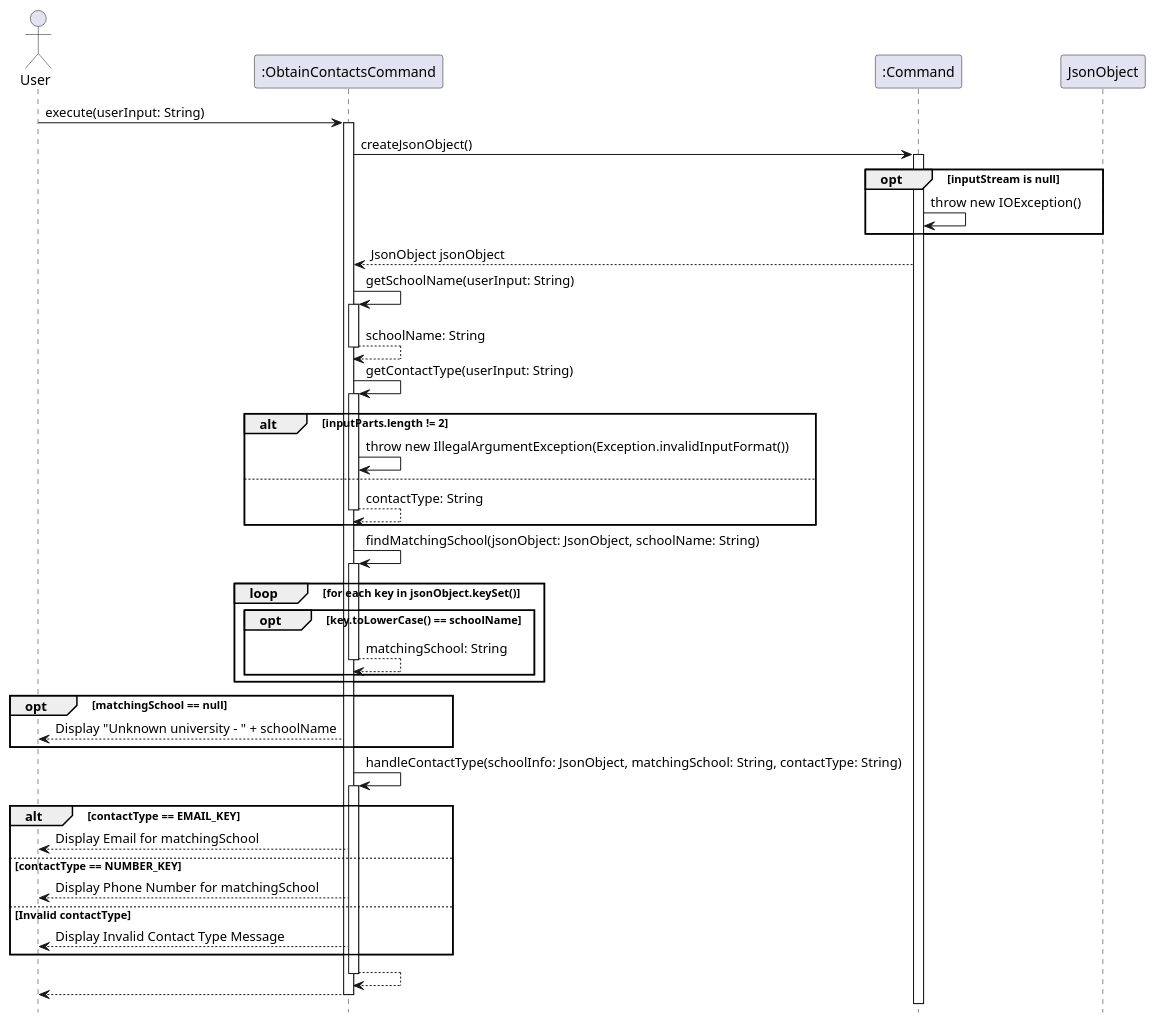
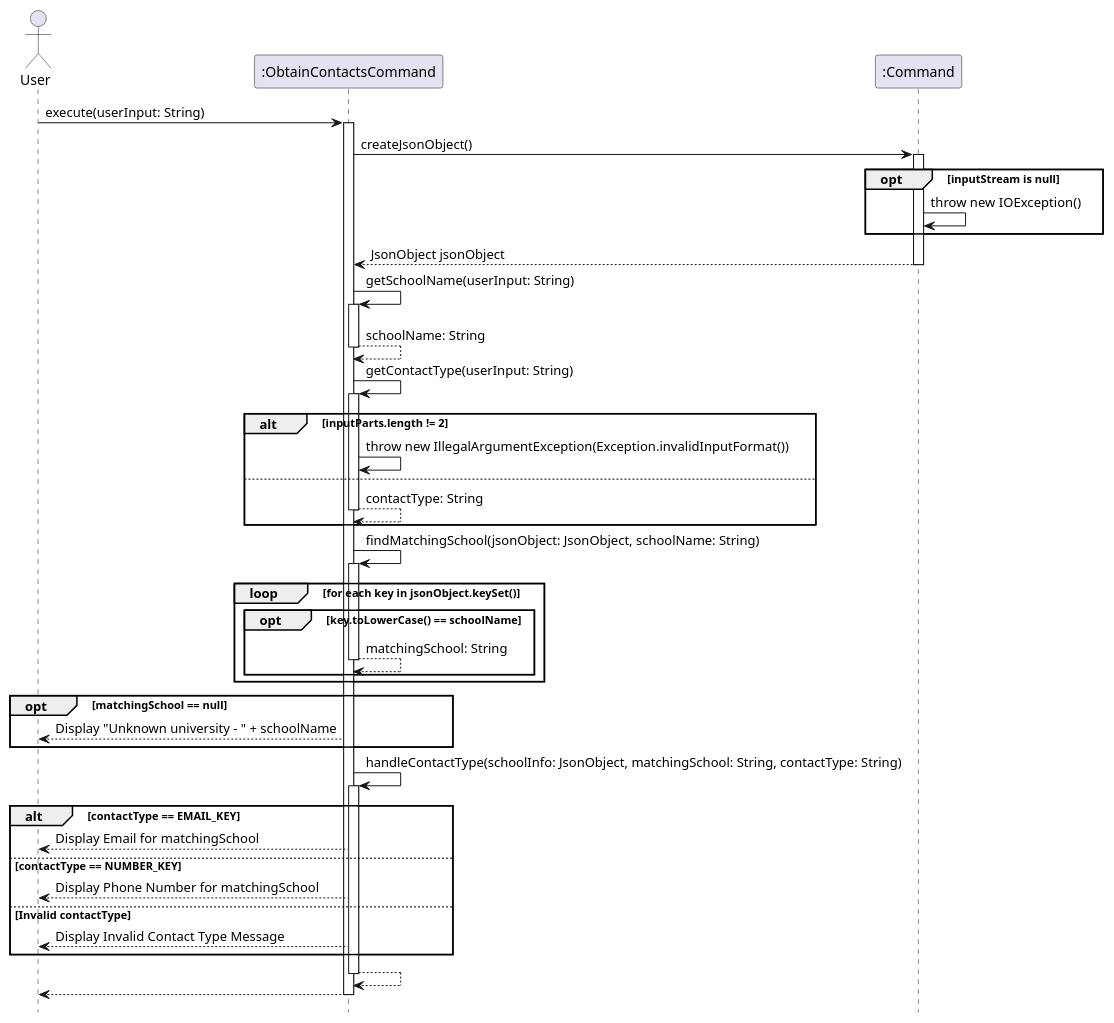
The diagram in uml-diagrams/ObtainContactsCommand.puml (nus-cs2113-AY2425S1/tp), drawn with PlantUML before and after one commit. The commit also changed 1 other file, not shown here.

```diff
--- a/uml-diagrams/ObtainContactsCommand.puml
+++ b/uml-diagrams/ObtainContactsCommand.puml
@@ -1,66 +1,66 @@
 @startuml
 hide footbox
 
 actor User
 participant ":ObtainContactsCommand" as ObtainContactsCommand
 participant ":Command" as Command
-participant "JsonObject" as JsonObject
 
 User -> ObtainContactsCommand: execute(userInput: String)
 activate ObtainContactsCommand
 
 ObtainContactsCommand -> Command: createJsonObject()
 activate Command
 
 opt inputStream is null
     Command -> Command: throw new IOException()
 end
 
 Command --> ObtainContactsCommand: JsonObject jsonObject
+deactivate Command
 
 ObtainContactsCommand -> ObtainContactsCommand: getSchoolName(userInput: String)
 activate ObtainContactsCommand
 return schoolName: String
 
 ObtainContactsCommand -> ObtainContactsCommand: getContactType(userInput: String)
 activate ObtainContactsCommand
 
 alt inputParts.length != 2
     ObtainContactsCommand -> ObtainContactsCommand: throw new IllegalArgumentException(Exception.invalidInputFormat())
 else
     return contactType: String
 end
 
 ObtainContactsCommand -> ObtainContactsCommand: findMatchingSchool(jsonObject: JsonObject, schoolName: String)
 activate ObtainContactsCommand
 
 loop for each key in jsonObject.keySet()
     opt key.toLowerCase() == schoolName
         return matchingSchool: String
     end
 end
 
 opt matchingSchool == null
     ObtainContactsCommand --> User: Display "Unknown university - " + schoolName
 end
 
 ObtainContactsCommand -> ObtainContactsCommand: handleContactType(schoolInfo: JsonObject, matchingSchool: String, contactType: String)
 activate ObtainContactsCommand
 
 alt contactType == EMAIL_KEY
     ObtainContactsCommand --> User: Display Email for matchingSchool
 else contactType == NUMBER_KEY
     ObtainContactsCommand --> User: Display Phone Number for matchingSchool
 else Invalid contactType
     ObtainContactsCommand --> User: Display Invalid Contact Type Message
 end
 
 
 ObtainContactsCommand --> ObtainContactsCommand
 deactivate ObtainContactsCommand
 
 ObtainContactsCommand --> User
 
 deactivate ObtainContactsCommand
 
 @enduml
```
